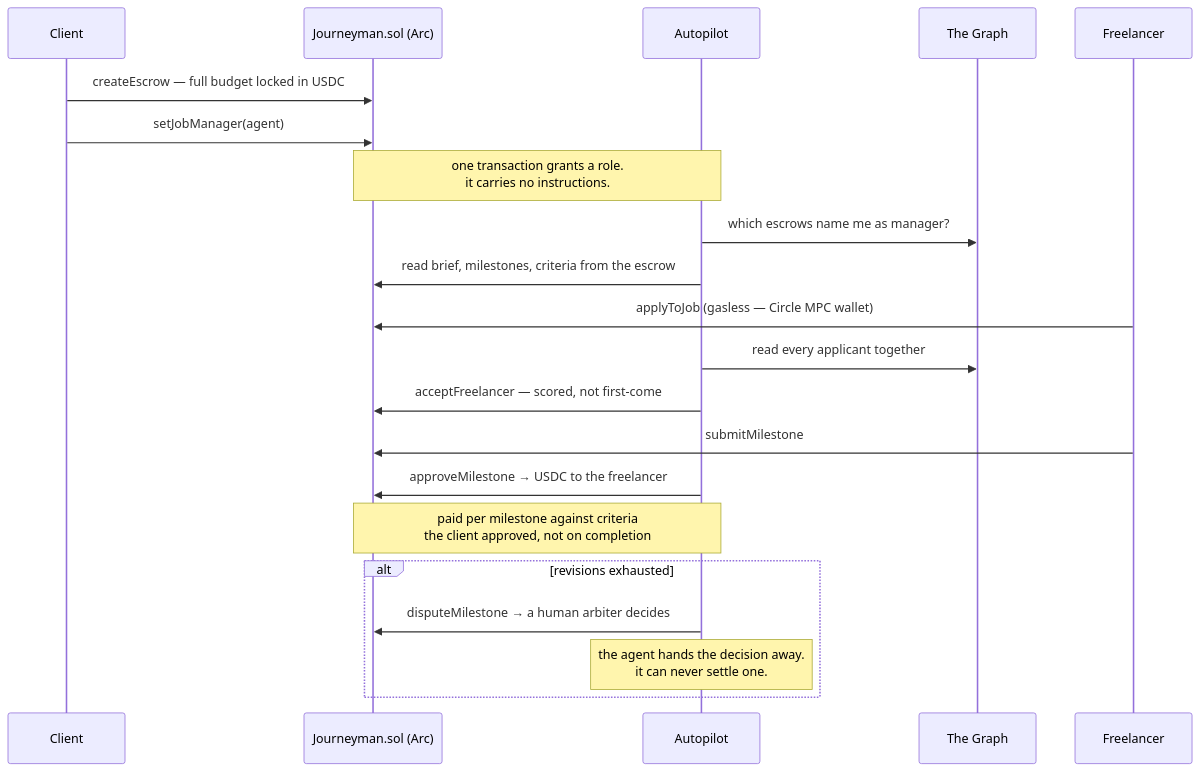
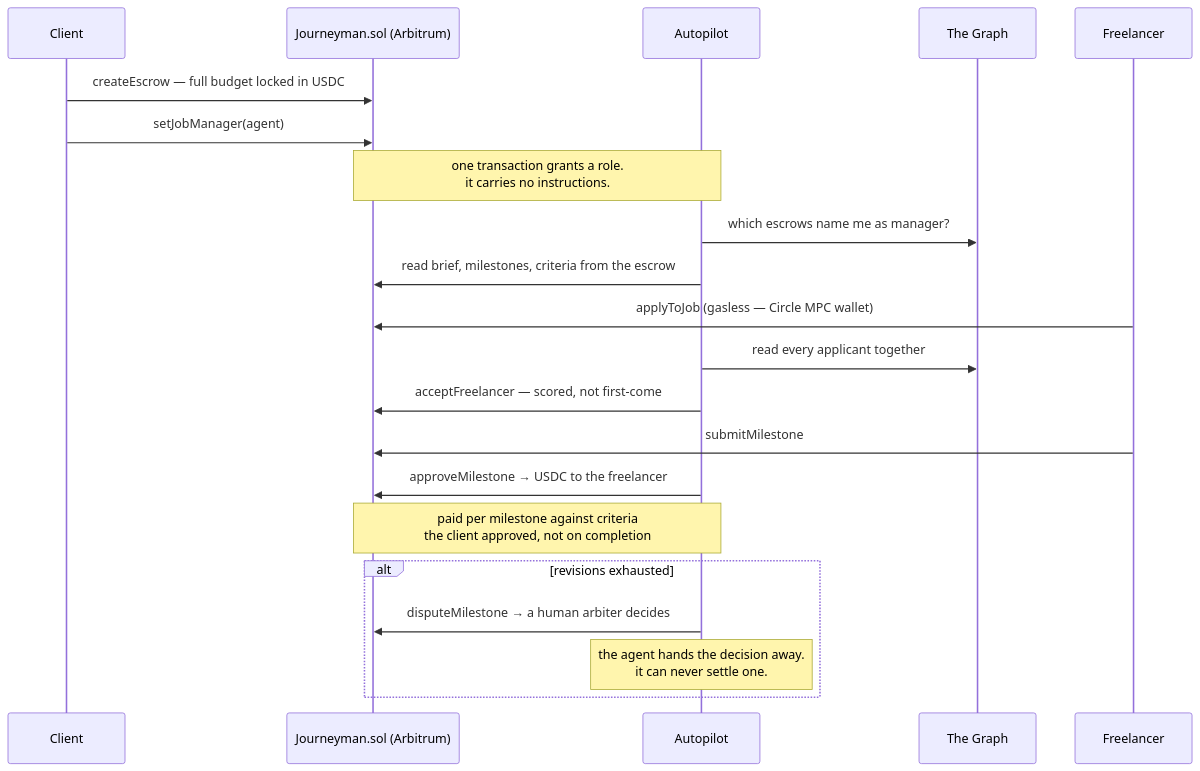
One commit to Gbangbolaoluwagbemiga/journeyman changed the second of 2 diagrams in README.md. Above: the diagram before and after it, drawn with Mermaid. The commit also changed other lines of this file and 6 other files, not shown here.

````diff
--- a/README.md
+++ b/README.md
@@ -296,24 +296,24 @@
 ```mermaid
 sequenceDiagram
     participant C as Client
-    participant E as Journeyman.sol (Arc)
+    participant E as Journeyman.sol (Arbitrum)
     participant A as Autopilot
     participant G as The Graph
     participant F as Freelancer
 
     C->>E: createEscrow — full budget locked in USDC
     C->>E: setJobManager(agent)
     Note over E,A: one transaction grants a role.<br/>it carries no instructions.
     A->>G: which escrows name me as manager?
     A->>E: read brief, milestones, criteria from the escrow
     F->>E: applyToJob (gasless — Circle MPC wallet)
     A->>G: read every applicant together
     A->>E: acceptFreelancer — scored, not first-come
     F->>E: submitMilestone
     A->>E: approveMilestone → USDC to the freelancer
     Note over A,E: paid per milestone against criteria<br/>the client approved, not on completion
     alt revisions exhausted
         A->>E: disputeMilestone → a human arbiter decides
         Note over A: the agent hands the decision away.<br/>it can never settle one.
     end
 ```
````
